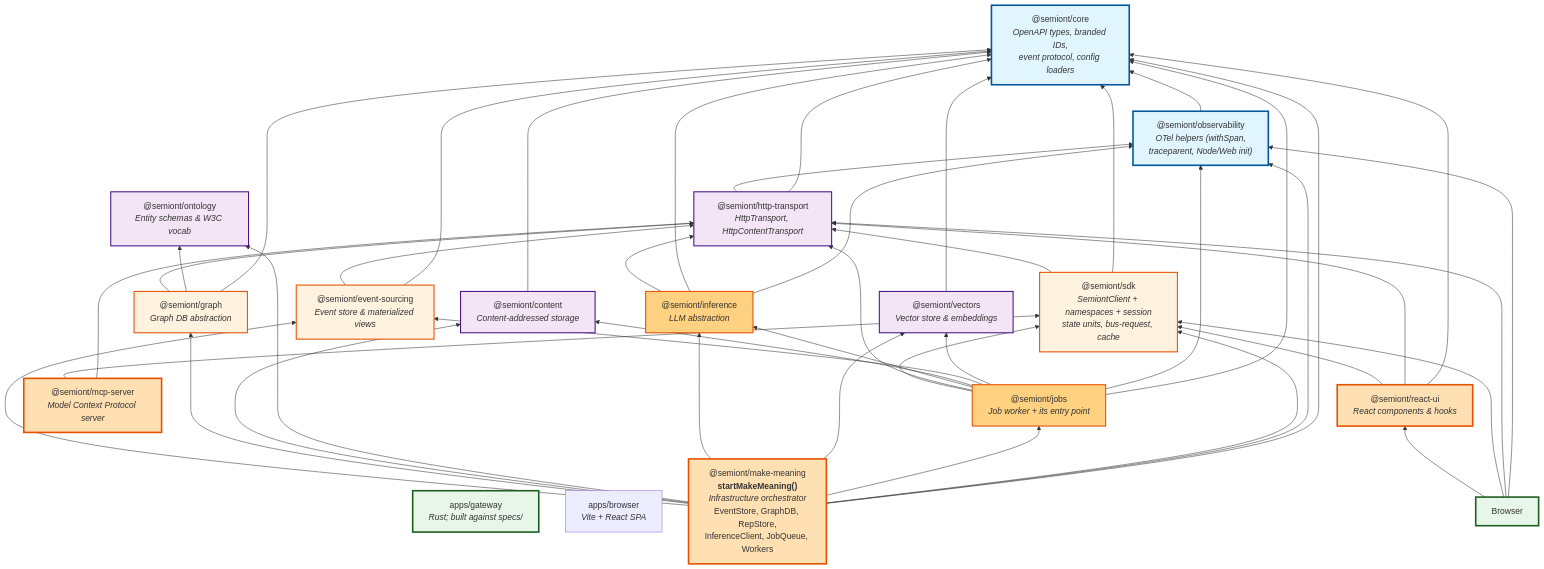
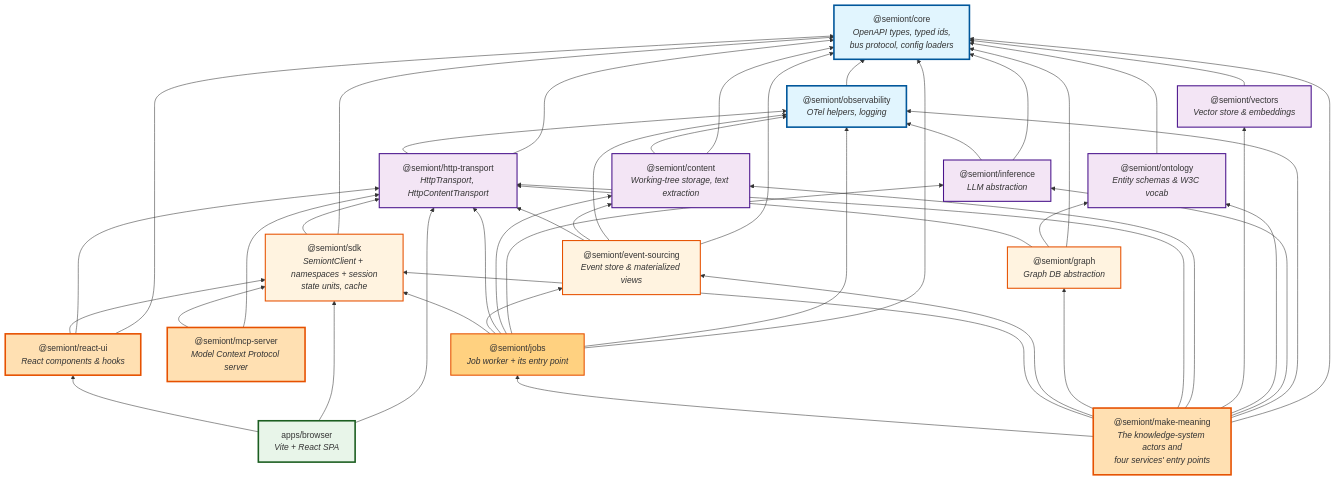
The first of 2 diagrams in docs/architecture/PACKAGE-ARCHITECTURE.md (The-AI-Alliance/semiont), drawn with Mermaid before and after one commit. The commit also changed other lines of this file and 10 other files, not shown here.

Commit message:
update architecture docs

````diff
--- a/docs/architecture/PACKAGE-ARCHITECTURE.md
+++ b/docs/architecture/PACKAGE-ARCHITECTURE.md
@@ -9,48 +11,45 @@
 ```mermaid
 graph BT
-    %% Layer 5: Application Consumers
-    gateway["apps/gateway<br/><i>Rust; built against specs/</i>"]
+    %% Layer 5: Application
     browser["apps/browser<br/><i>Vite + React SPA</i>"]
 
-    %% Layer 4: Application Logic
-    meaning["@semiont/make-meaning<br/><b>startMakeMeaning()</b><br/><i>Infrastructure orchestrator</i><br/>EventStore, GraphDB, RepStore,<br/>InferenceClient, JobQueue, Workers"]
+    %% Layer 4: Application logic
+    meaning["@semiont/make-meaning<br/><i>The knowledge-system actors and<br/>four services' entry points</i>"]
     react["@semiont/react-ui<br/><i>React components & hooks</i>"]
     mcp["@semiont/mcp-server<br/><i>Model Context Protocol server</i>"]
 
-    %% Layer 3: AI + Workers
-    inference["@semiont/inference<br/><i>LLM abstraction</i>"]
+    %% Layer 3: Workers
     jobs["@semiont/jobs<br/><i>Job worker + its entry point</i>"]
 
-    %% Layer 2: SDK + Domain Storage
-    sdk["@semiont/sdk<br/><i>SemiontClient + namespaces + session<br/>state units, bus-request, cache</i>"]
+    %% Layer 2: SDK + domain storage
+    sdk["@semiont/sdk<br/><i>SemiontClient + namespaces + session<br/>state units, cache</i>"]
     graph_pkg["@semiont/graph<br/><i>Graph DB abstraction</i>"]
     event["@semiont/event-sourcing<br/><i>Event store & materialized views</i>"]
 
-    %% Layer 1: Wire + Storage Primitives
+    %% Layer 1: Wire + primitives
     api["@semiont/http-transport<br/><i>HttpTransport, HttpContentTransport</i>"]
-    content["@semiont/content<br/><i>Content-addressed storage</i>"]
+    content["@semiont/content<br/><i>Working-tree storage, text extraction</i>"]
     vectors["@semiont/vectors<br/><i>Vector store & embeddings</i>"]
     ontology["@semiont/ontology<br/><i>Entity schemas & W3C vocab</i>"]
+    inference["@semiont/inference<br/><i>LLM abstraction</i>"]
 
     %% Layer 0: Foundation
-    core["@semiont/core<br/><i>OpenAPI types, branded IDs,<br/>event protocol, config loaders</i>"]
-    obs["@semiont/observability<br/><i>OTel helpers (withSpan,<br/>traceparent, Node/Web init)</i>"]
+    core["@semiont/core<br/><i>OpenAPI types, typed ids,<br/>bus protocol, config loaders</i>"]
+    obs["@semiont/observability<br/><i>OTel helpers, logging</i>"]
 
-    %% Application dependencies
-    Browser --> react
-    Browser --> sdk
-    Browser --> api
-    Browser --> obs
+    browser --> react
+    browser --> sdk
+    browser --> api
 
-    %% Application logic dependencies
+    meaning --> jobs
+    meaning --> sdk
     meaning --> event
     meaning --> graph_pkg
+    meaning --> api
     meaning --> content
+    meaning --> vectors
     meaning --> ontology
     meaning --> inference
-    meaning --> vectors
-    meaning --> jobs
-    meaning --> sdk
     meaning --> obs
     meaning --> core
     react --> sdk
@@ -59,39 +58,35 @@
     mcp --> sdk
     mcp --> api
 
-    %% AI + Workers dependencies
-    inference --> api
-    inference --> core
-    inference --> obs
     jobs --> sdk
+    jobs --> event
     jobs --> api
+    jobs --> content
     jobs --> inference
-    jobs --> content
-    jobs --> event
-    jobs --> vectors
     jobs --> obs
     jobs --> core
 
-    %% SDK + Domain Storage dependencies
     sdk --> api
     sdk --> core
     graph_pkg --> api
     graph_pkg --> ontology
     graph_pkg --> core
     event --> api
+    event --> content
+    event --> obs
     event --> core
 
-    %% Wire + Primitives dependencies
     api --> obs
     api --> core
+    content --> obs
     content --> core
     vectors --> core
-    %% ontology has no @semiont/* deps
+    ontology --> core
+    inference --> obs
+    inference --> core
 
-    %% Foundation
     obs --> core
 
-    %% Styling by layer
     classDef layer0 fill:#e1f5fe,stroke:#01579b,stroke-width:3px
     classDef layer1 fill:#f3e5f5,stroke:#4a148c,stroke-width:2px
     classDef layer2 fill:#fff3e0,stroke:#e65100,stroke-width:2px
@@ -100,9 +95,9 @@
     classDef layer5 fill:#e8f5e9,stroke:#1b5e20,stroke-width:3px
 
     class core,obs layer0
-    class api,content,vectors,ontology layer1
+    class api,content,vectors,ontology,inference layer1
     class sdk,event,graph_pkg layer2
-    class inference,jobs layer3
+    class jobs layer3
     class meaning,react,mcp layer4
-    class gateway,Browser layer5
+    class browser layer5
 ```
````
